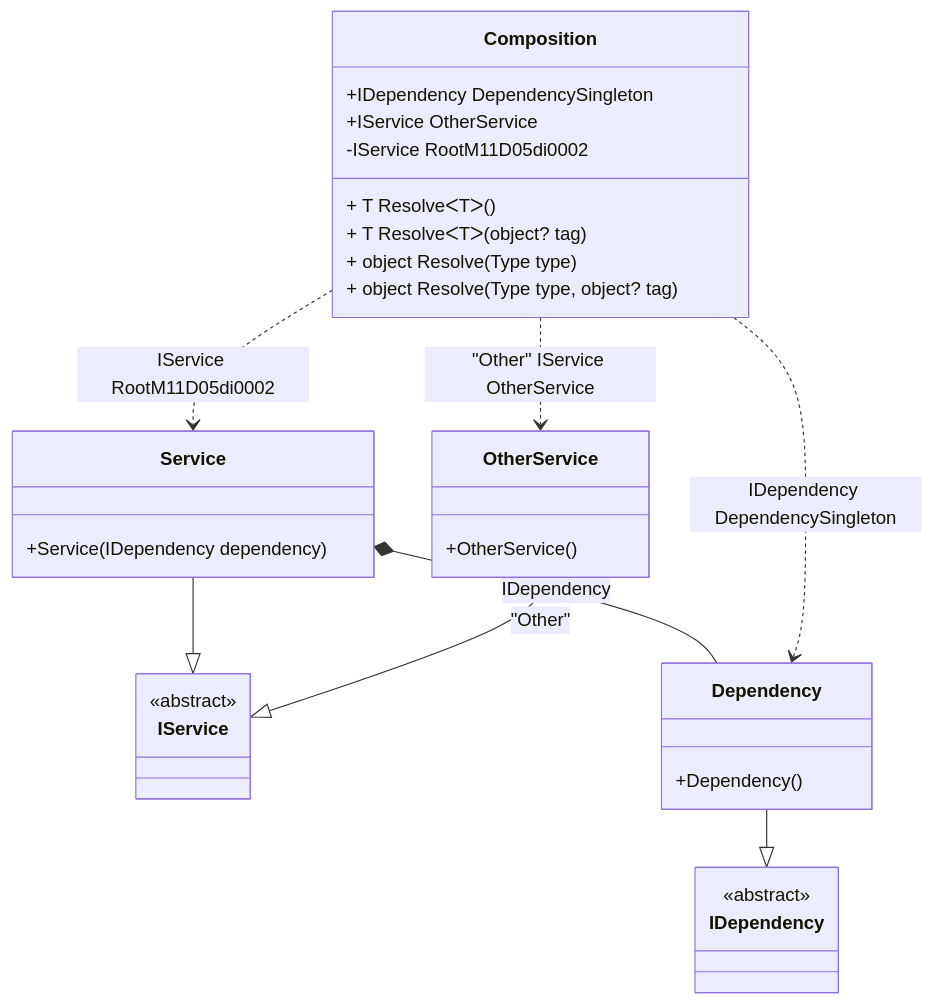
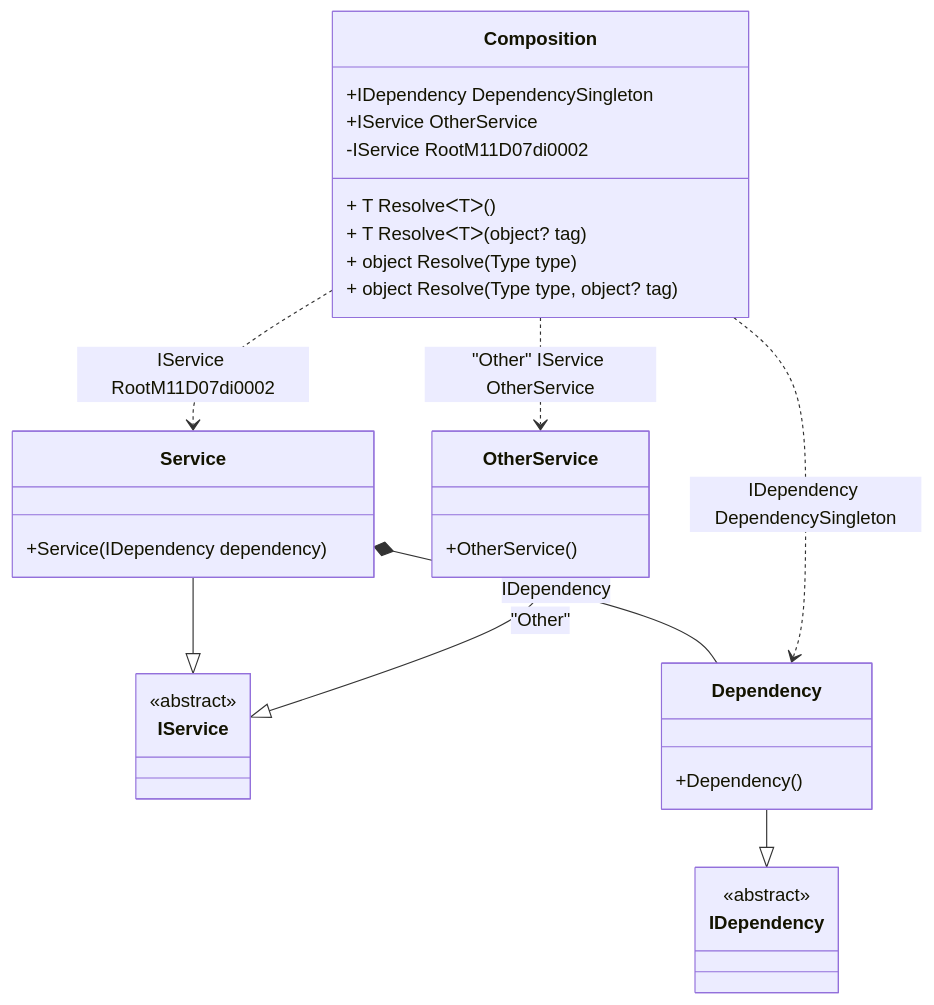
The diagram in readme/resolve-methods.md (DevTeam/Pure.DI), drawn with Mermaid before and after one commit. The commit also changed other lines of this file and 102 other files, not shown here.

````diff
--- a/readme/resolve-methods.md
+++ b/readme/resolve-methods.md
@@ -47,34 +47,34 @@
 ```mermaid
 classDiagram
   class Composition {
     +IDependency DependencySingleton
     +IService OtherService
-    -IService RootM11D05di0002
+    -IService RootM11D07di0002
     + T ResolveᐸTᐳ()
     + T ResolveᐸTᐳ(object? tag)
     + object Resolve(Type type)
     + object Resolve(Type type, object? tag)
   }
   Service --|> IService : 
   class Service {
     +Service(IDependency dependency)
   }
   Dependency --|> IDependency : 
   class Dependency {
     +Dependency()
   }
   OtherService --|> IService : "Other" 
   class OtherService {
     +OtherService()
   }
   class IService {
     <<abstract>>
   }
   class IDependency {
     <<abstract>>
   }
   Service *--  Dependency : IDependency
   Composition ..> Dependency : IDependency DependencySingleton
-  Composition ..> Service : IService RootM11D05di0002
+  Composition ..> Service : IService RootM11D07di0002
   Composition ..> OtherService : "Other" IService OtherService
 ```
````
